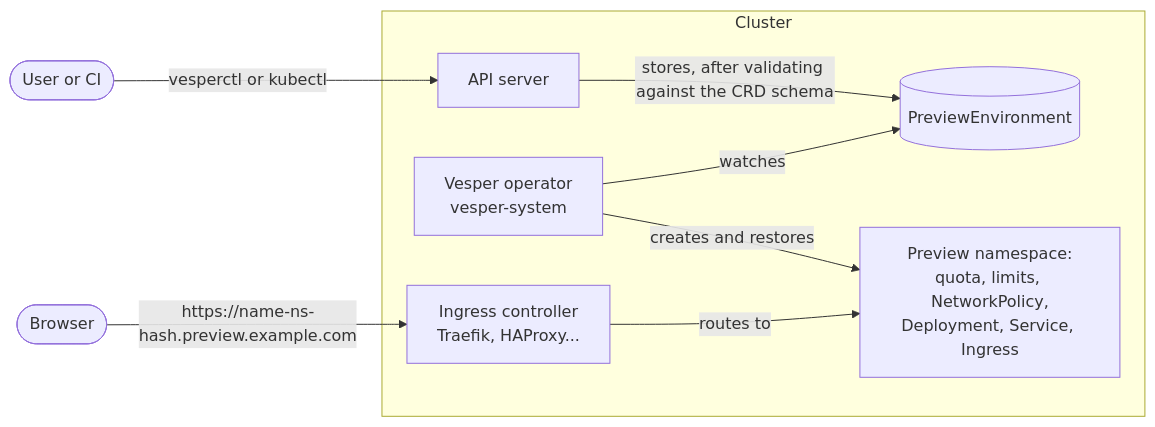
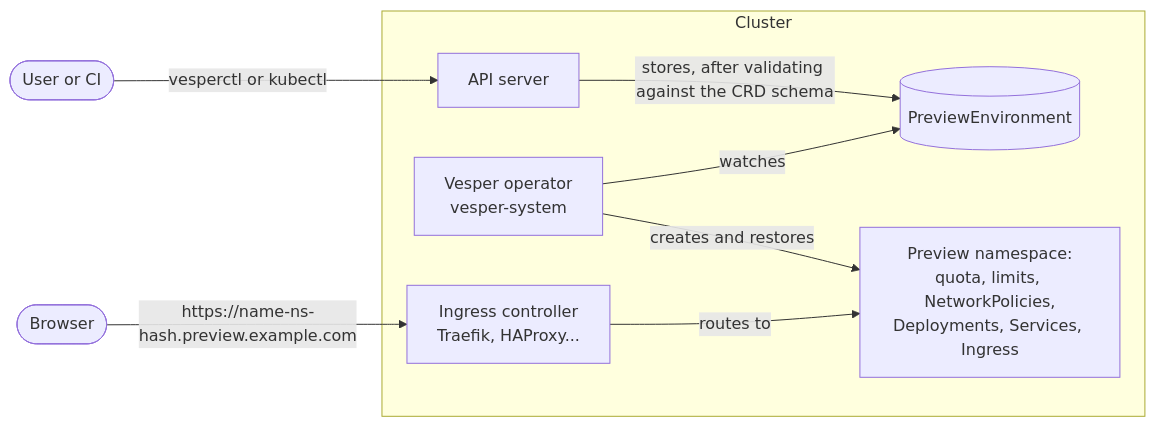
One commit to eventide-oss/vesper changed the first of 3 diagrams in docs/architecture.md. Above: the diagram before and after it, drawn with Mermaid. The commit also changed other lines of this file and 2 other files, not shown here.

First line of the commit message:
docs: describe the policy of the exposed component

````diff
--- a/docs/architecture.md
+++ b/docs/architecture.md
@@ -10,11 +10,11 @@
 ```mermaid
 flowchart LR
     user([User or CI]) -->|vesperctl or kubectl| api[API server]
     subgraph cluster [Cluster]
         api -->|stores, after validating against the CRD schema| pe[(PreviewEnvironment)]
         op[Vesper operator<br/>vesper-system] -->|watches| pe
-        op -->|creates and restores| objs[Preview namespace:<br/>quota, limits, NetworkPolicy,<br/>Deployment, Service, Ingress]
+        op -->|creates and restores| objs[Preview namespace:<br/>quota, limits, NetworkPolicies,<br/>Deployments, Services, Ingress]
         ic[Ingress controller<br/>Traefik, HAProxy...] -->|routes to| objs
     end
     browser([Browser]) -->|https://name-ns-hash.preview.example.com| ic
 ```
````
